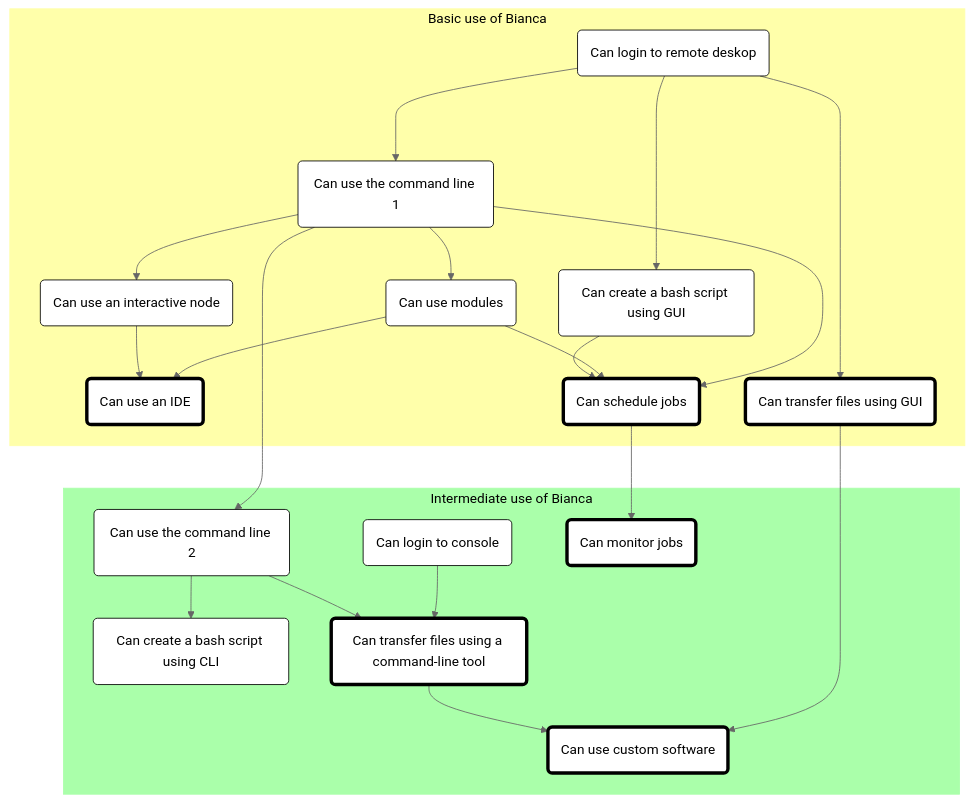
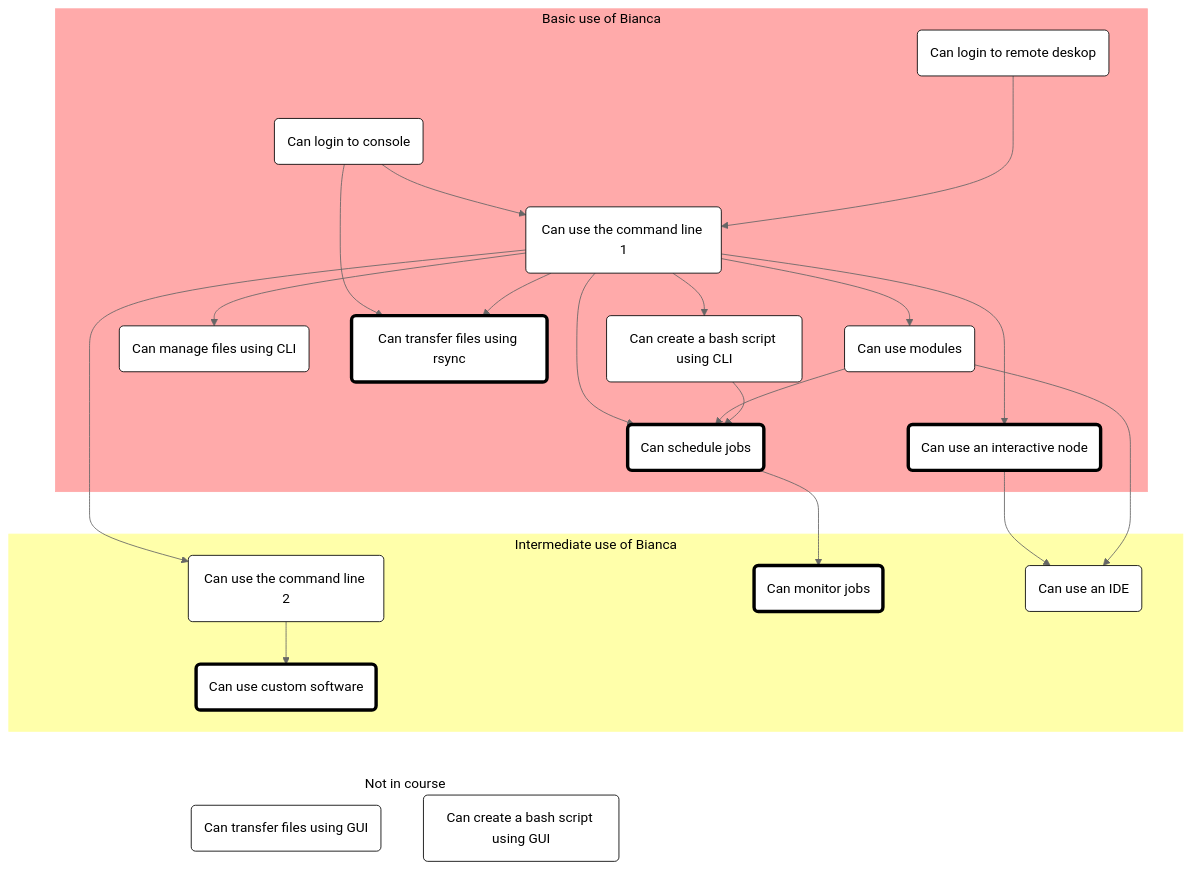
One commit to UPPMAX/bianca_workshop changed the diagram in docs/intro.md. Above: the diagram before and after it, drawn with Mermaid (neutral theme). The commit also changed 1 other file, not shown here.

Commit message:
Course overview updated after meeting

````diff
--- a/docs/intro.md
+++ b/docs/intro.md
@@ -44,59 +44,73 @@
 ```mermaid
 %% Direction is top->down
 flowchart TD
 
     %% Give a white background, instead of a transparent one
     classDef node fill:#fff,color:#000,stroke:#000
     classDef focus_node fill:#fff,color:#000,stroke:#000,stroke-width:4px
     
     subgraph sub_basic_use["Basic use of Bianca"]
       can_login_to_remove_desktop(Can login to remote deskop)
+      can_login_to_console(Can login to console)
       can_use_command_line_1(Can use the command line 1)
+      can_use_modules(Can use modules)
+      can_use_interactive_node(Can use an interactive node):::focus_node
+      can_manage_files_using_cli(Can manage files using CLI)
+      can_tranfer_files_using_rsync(Can transfer files using rsync):::focus_node
+      can_schedule_jobs(Can schedule jobs):::focus_node
+      can_create_bash_script_using_cli(Can create a bash script using CLI)
+    end
+    style sub_basic_use fill:#faa,color:#000,stroke:#faa
+
+    subgraph sub_intermediate_use["Intermediate use of Bianca"]
+      can_use_command_line_2(Can use the command line 2)
+      can_use_custom_software(Can use custom software):::focus_node
+      can_monitor_jobs(Can monitor jobs):::focus_node
+      can_use_ide(Can use an IDE)
+    end
+    style sub_intermediate_use fill:#Ffa,color:#000,stroke:#ffa
+
+    subgraph sub_non_goal["Not in course"]
+      can_tranfer_files_using_gui(Can transfer files using GUI)
       can_create_bash_script_using_gui(Can create a bash script using GUI)
-      can_use_modules(Can use modules)
-      can_use_interactive_node(Can use an interactive node)
-      can_tranfer_files_using_gui(Can transfer files using GUI):::focus_node
-      can_schedule_jobs(Can schedule jobs):::focus_node
-      can_use_ide(Can use an IDE):::focus_node
     end
-    style sub_basic_use fill:#ffa,color:#000,stroke:#ffa
+    style sub_non_goal fill:#fff,color:#000,stroke:#fff
 
 
-
-    subgraph sub_intermediate_use["Intermediate use of Bianca"]
-      can_login_to_console(Can login to console)
-      can_use_command_line_2(Can use the command line 2)
-      can_create_bash_script_using_cli(Can create a bash script using CLI)
-      can_tranfer_files_using_cli(Can transfer files using a command-line tool):::focus_node
-      can_use_custom_software(Can use custom software):::focus_node
-      can_monitor_jobs(Can monitor jobs):::focus_node
-    end
-    style sub_intermediate_use fill:#afa,color:#000,stroke:#afa
-
     %% Basic
+    can_login_to_console --> can_tranfer_files_using_rsync
+    can_login_to_console --> can_use_command_line_1
     can_login_to_remove_desktop ---> can_use_command_line_1
-    can_login_to_remove_desktop ---> can_tranfer_files_using_gui
-    can_login_to_remove_desktop ---> can_create_bash_script_using_gui
     can_use_command_line_1 --> can_use_modules
     can_use_command_line_1 --> can_use_interactive_node
     can_use_command_line_1 --> can_use_command_line_2
+    can_use_command_line_1 --> can_create_bash_script_using_cli
     can_use_command_line_1 --> can_schedule_jobs
+    can_use_command_line_1 --> can_manage_files_using_cli
+    can_use_command_line_1 --> can_tranfer_files_using_rsync
     can_use_modules --> can_schedule_jobs
-    can_use_modules --> can_use_ide
-    can_use_interactive_node --> can_use_ide
-    can_create_bash_script_using_gui --> can_schedule_jobs
+    can_create_bash_script_using_cli --> can_schedule_jobs
 
     %% Basic -> Intermediate
-    can_tranfer_files_using_gui --> can_use_custom_software
     can_schedule_jobs --> can_monitor_jobs
+    can_use_interactive_node --> can_use_ide
+    can_use_modules --> can_use_ide
 
-    %% Make sure Intermediat in below Basic,
+    %% Make sure Intermediate is below Basic,
     %% using invisible nodes
-    can_use_ide ~~~ can_use_command_line_2
+    can_schedule_jobs ~~~ can_use_command_line_2
 
     %% Intermediate
-    can_login_to_console --> can_tranfer_files_using_cli
-    can_use_command_line_2 --> can_create_bash_script_using_cli
-    can_use_command_line_2 --> can_tranfer_files_using_cli
-    can_tranfer_files_using_cli --> can_use_custom_software
+    can_use_command_line_2 --> can_use_custom_software
+
+    %% Basic -> None
+    %% can_login_to_remove_desktop ---> can_tranfer_files_using_gui
+    %% can_tranfer_files_using_gui --> can_use_custom_software
+    %% can_login_to_remove_desktop ---> can_create_bash_script_using_gui
+    %% can_create_bash_script_using_gui --> can_schedule_jobs
+
+    %% Make sure Non-goals is below Intermediat,
+    %% using invisible nodes
+    can_use_custom_software ~~~ can_tranfer_files_using_gui
+   
 ```
````
